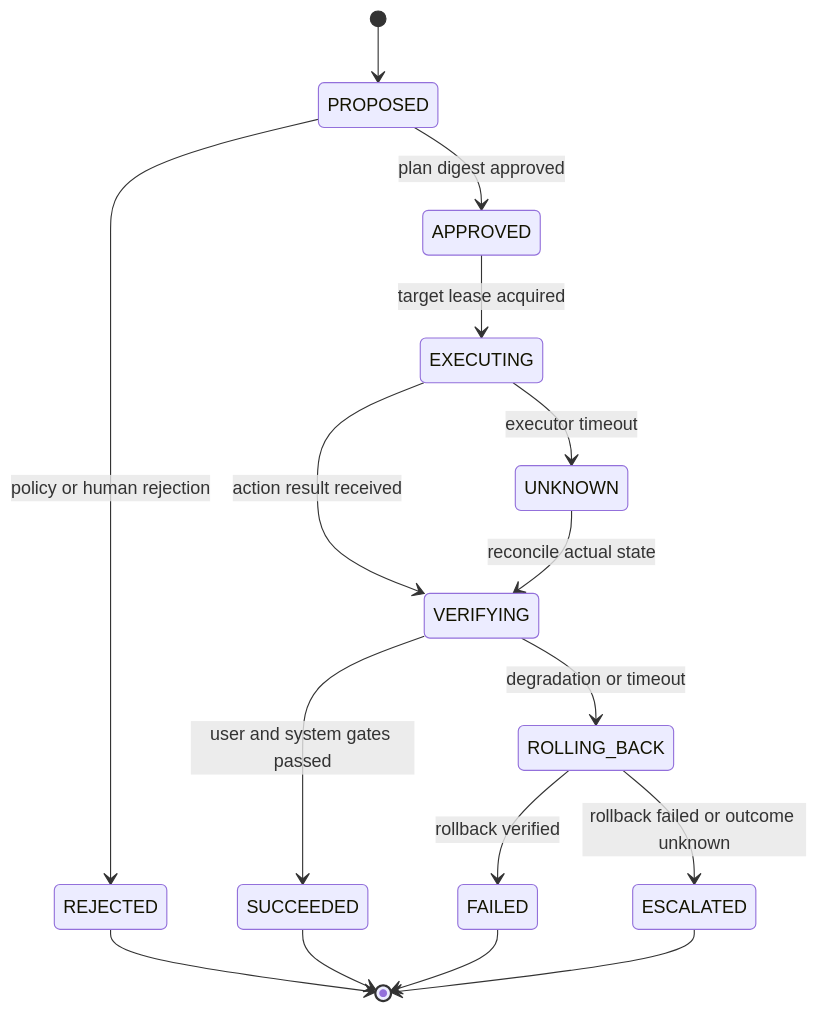
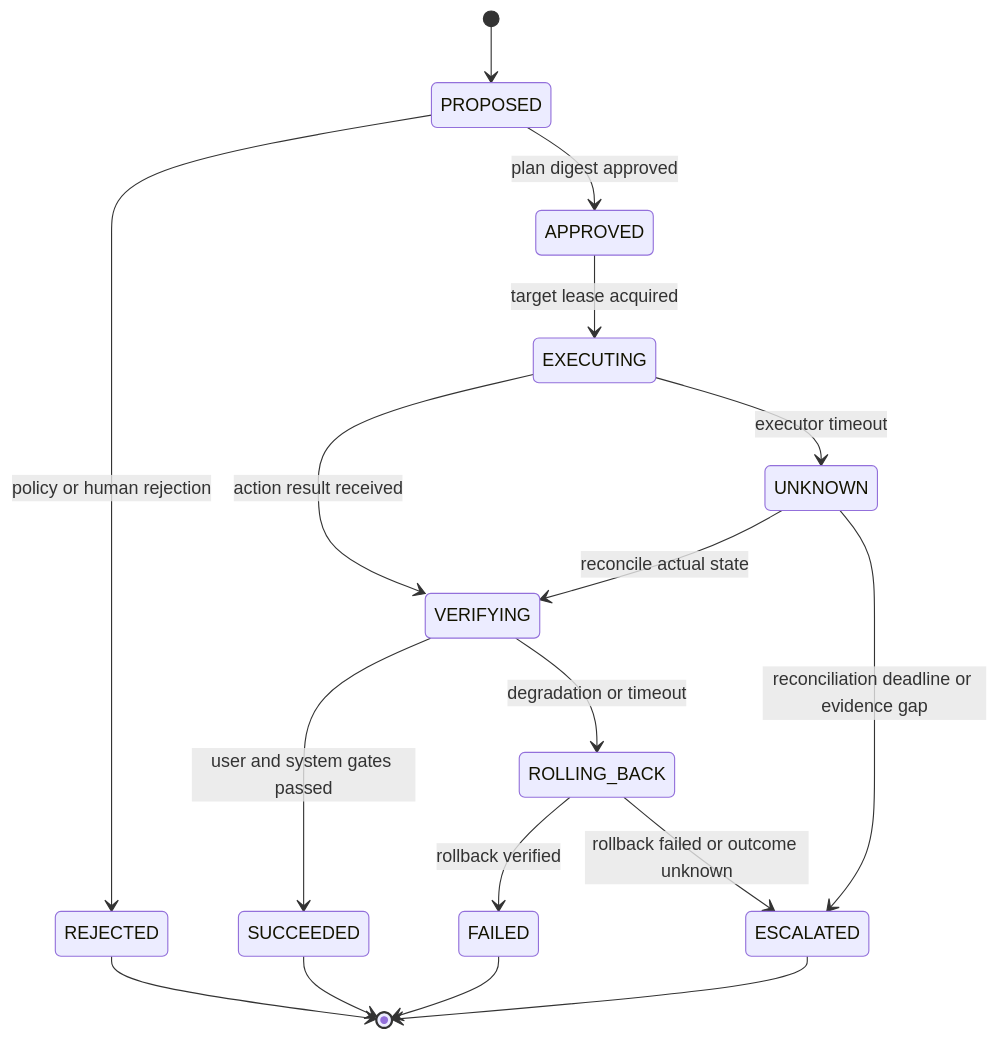
The diagram in docs-site/content/aiops-remediation/01-guarded-remediation-state-machine.md (nohdol97/nohdol-study), drawn with Mermaid before and after one commit. The commit also changed other lines of this file and 88 other files, not shown here.

````diff
--- a/docs-site/content/aiops-remediation/01-guarded-remediation-state-machine.md
+++ b/docs-site/content/aiops-remediation/01-guarded-remediation-state-machine.md
@@ -26,18 +26,19 @@
 ```mermaid
 stateDiagram-v2
   [*] --> PROPOSED
   PROPOSED --> REJECTED: policy or human rejection
   PROPOSED --> APPROVED: plan digest approved
   APPROVED --> EXECUTING: target lease acquired
   EXECUTING --> VERIFYING: action result received
   EXECUTING --> UNKNOWN: executor timeout
   UNKNOWN --> VERIFYING: reconcile actual state
+  UNKNOWN --> ESCALATED: reconciliation deadline or evidence gap
   VERIFYING --> SUCCEEDED: user and system gates passed
   VERIFYING --> ROLLING_BACK: degradation or timeout
   ROLLING_BACK --> FAILED: rollback verified
   ROLLING_BACK --> ESCALATED: rollback failed or outcome unknown
   SUCCEEDED --> [*]
   REJECTED --> [*]
   FAILED --> [*]
   ESCALATED --> [*]
 ```
````
